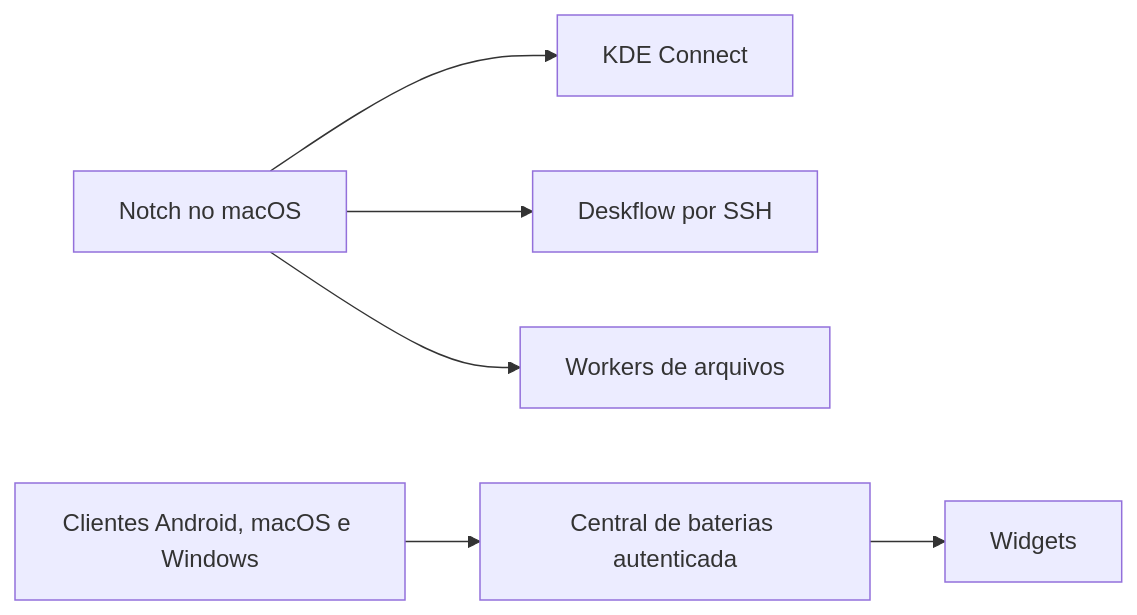
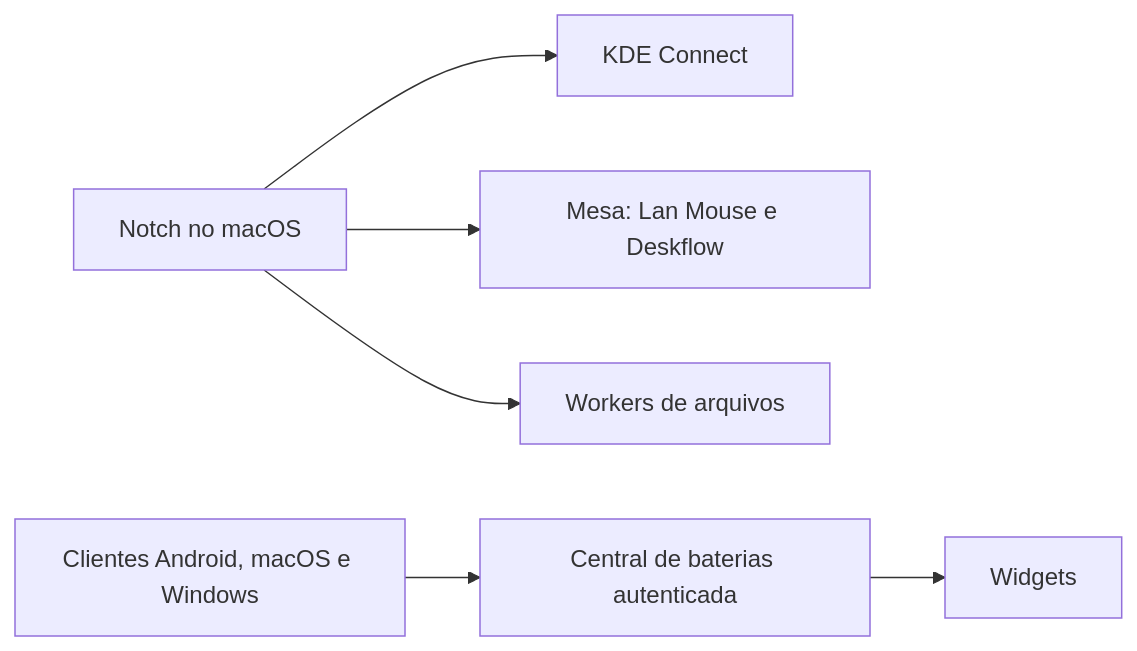
The diagram in README.md (Ppedro96/boring-notch-pedro-edition-public), drawn with Mermaid before and after one commit. The commit also changed other lines of this file and 7 other files, not shown here.

Commit message:
Integrate bidirectional Lan Mouse input with Mesa lifecycle and persistent permissions

````diff
--- a/README.md
+++ b/README.md
@@ -38,8 +38,8 @@
 ```mermaid
 flowchart LR
     N[Notch no macOS] --> K[KDE Connect]
-    N --> D[Deskflow por SSH]
+    N --> D[Mesa: Lan Mouse e Deskflow]
     N --> W[Workers de arquivos]
     C[Clientes Android, macOS e Windows] --> B[Central de baterias autenticada]
     B --> V[Widgets]
 ```
````
